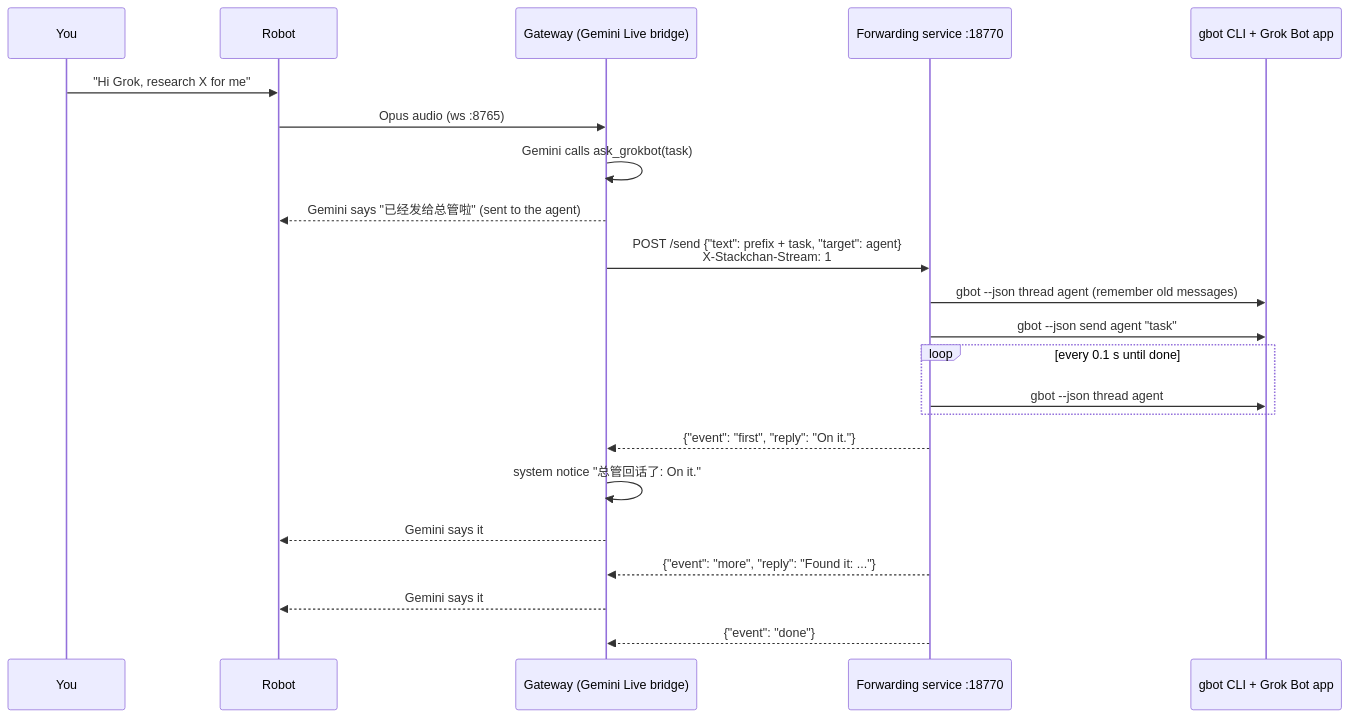
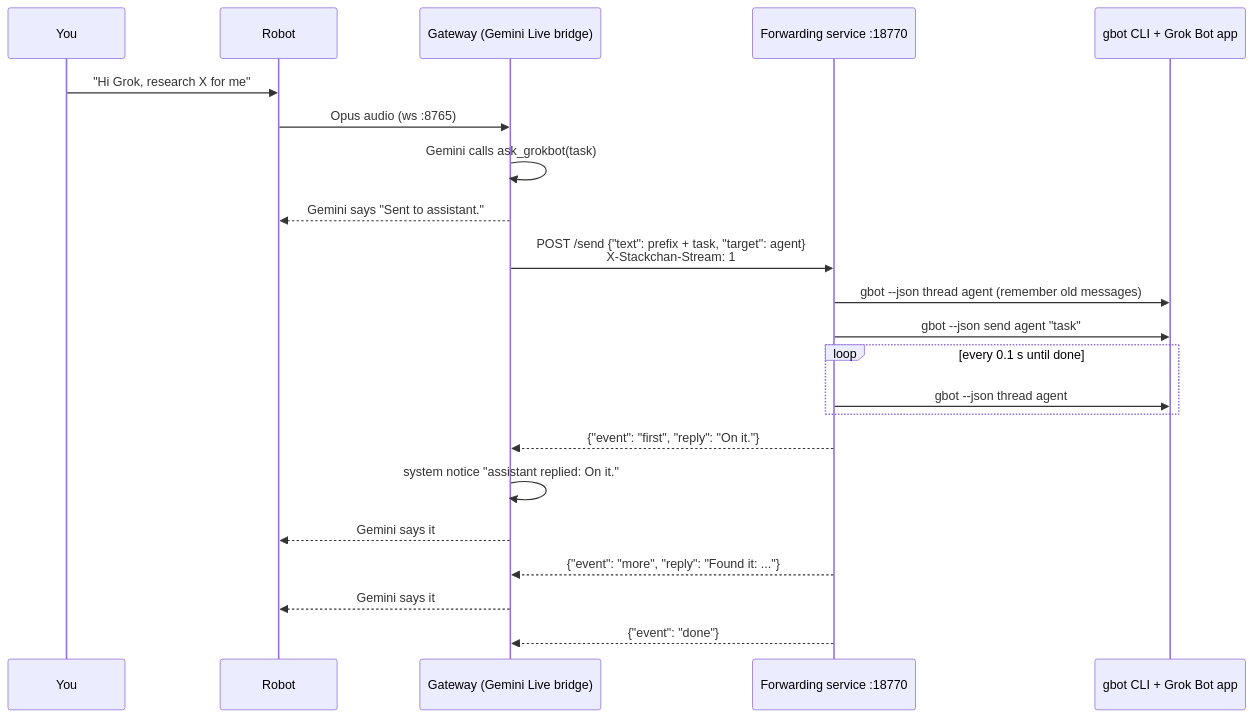
Before and after one commit to sefuzhou770801-hub/groki-bot: the second of 2 diagrams in docs/architecture.md, drawn with Mermaid. The commit also changed 6 other files, not shown here.

````diff
--- a/docs/architecture.md
+++ b/docs/architecture.md
@@ -117,25 +117,25 @@
 ```mermaid
 sequenceDiagram
     participant U as You
     participant R as Robot
     participant G as Gateway (Gemini Live bridge)
     participant P as Forwarding service :18770
     participant B as gbot CLI + Grok Bot app
 
     U->>R: "Hi Grok, research X for me"
     R->>G: Opus audio (ws :8765)
     G->>G: Gemini calls ask_grokbot(task)
-    G-->>R: Gemini says "已经发给总管啦" (sent to the agent)
+    G-->>R: Gemini says "Sent to assistant."
     G->>P: POST /send {"text": prefix + task, "target": agent}<br/>X-Stackchan-Stream: 1
     P->>B: gbot --json thread agent (remember old messages)
     P->>B: gbot --json send agent "task"
     loop every 0.1 s until done
         P->>B: gbot --json thread agent
     end
     P-->>G: {"event": "first", "reply": "On it."}
-    G->>G: system notice "总管回话了: On it."
+    G->>G: system notice "assistant replied: On it."
     G-->>R: Gemini says it
     P-->>G: {"event": "more", "reply": "Found it: ..."}
     G-->>R: Gemini says it
     P-->>G: {"event": "done"}
 ```
````
